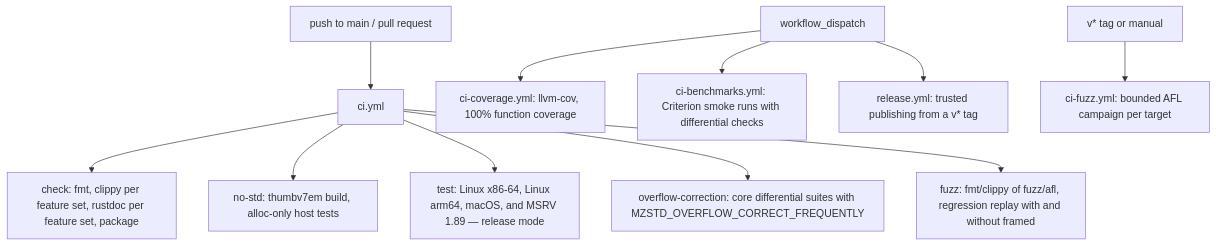
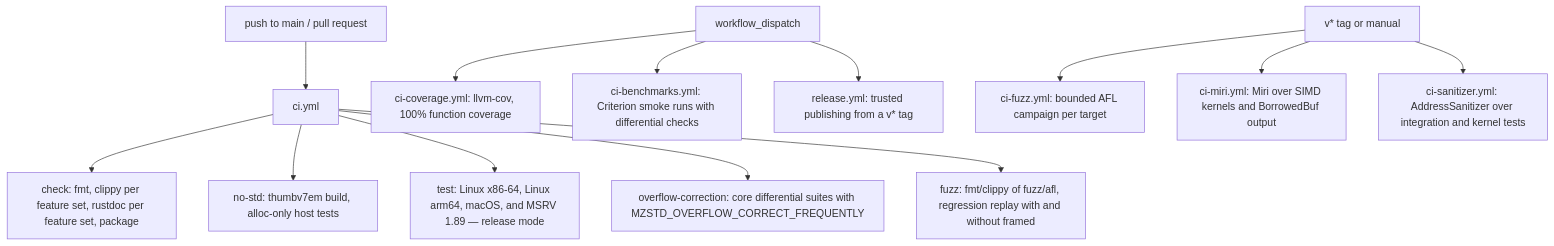
Before and after one commit to M-Compressors/mzstd: the first of 2 diagrams in architecture/ci.md, drawn with Mermaid. The commit also changed other lines of this file and 11 other files, not shown here.

Commit message:
Add miri and asan

````diff
--- a/architecture/ci.md
+++ b/architecture/ci.md
@@ -7,13 +7,15 @@
 ```mermaid
 graph TD
     Push[push to main / pull request] --> CI[ci.yml]
     CI --> Check["check: fmt, clippy per feature set, rustdoc per feature set, package"]
     CI --> NoStd["no-std: thumbv7em build, alloc-only host tests"]
     CI --> Test["test: Linux x86-64, Linux arm64, macOS, and MSRV 1.89 — release mode"]
     CI --> OCF["overflow-correction: core differential suites with MZSTD_OVERFLOW_CORRECT_FREQUENTLY"]
     CI --> Fuzz["fuzz: fmt/clippy of fuzz/afl, regression replay with and without framed"]
     Manual[workflow_dispatch] --> Cov["ci-coverage.yml: llvm-cov, 100% function coverage"]
     Manual --> Bench["ci-benchmarks.yml: Criterion smoke runs with differential checks"]
     Tag[v* tag or manual] --> Camp["ci-fuzz.yml: bounded AFL campaign per target"]
+    Tag --> Miri["ci-miri.yml: Miri over SIMD kernels and BorrowedBuf output"]
+    Tag --> ASan["ci-sanitizer.yml: AddressSanitizer over integration and kernel tests"]
     Manual --> Rel["release.yml: trusted publishing from a v* tag"]
 ```
````
